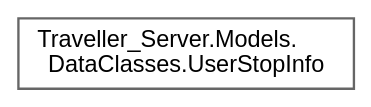
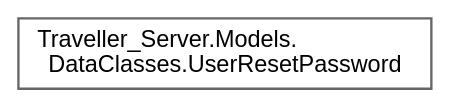
Before and after one commit to VenelinArgirov/manual-tecnico.github.io: the diagram in Servidor/inherit_graph_64.dot, drawn with Graphviz. The commit also changed 1719 other files, not shown here.

```diff
--- a/Servidor/inherit_graph_64.dot
+++ b/Servidor/inherit_graph_64.dot
@@ -1,9 +1,9 @@
 digraph "Graphical Class Hierarchy"
 {
  // LATEX_PDF_SIZE
   bgcolor="transparent";
   edge [fontname=Helvetica,fontsize=10,labelfontname=Helvetica,labelfontsize=10];
   node [fontname=Helvetica,fontsize=10,shape=box,height=0.2,width=0.4];
   rankdir="LR";
-  Node0 [label="Traveller_Server.Models.\lDataClasses.UserStopInfo",height=0.2,width=0.4,color="grey40", fillcolor="white", style="filled",URL="$class_traveller___server_1_1_models_1_1_data_classes_1_1_user_stop_info.html",tooltip="Information about a user stopping while travelling in a public transport and stopped...."];
+  Node0 [label="Traveller_Server.Models.\lDataClasses.UserResetPassword",height=0.2,width=0.4,color="grey40", fillcolor="white", style="filled",URL="$class_traveller___server_1_1_models_1_1_data_classes_1_1_user_reset_password.html",tooltip="Data class that represents a request to reset a user's password."];
 }
```
